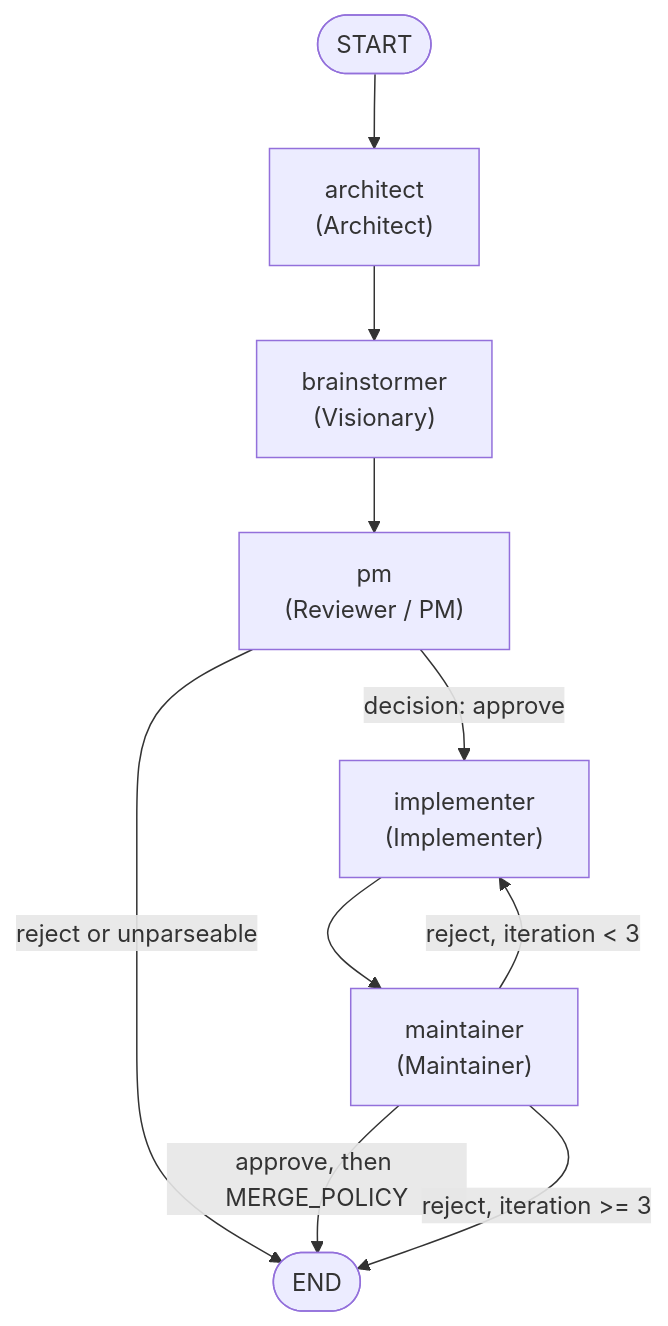
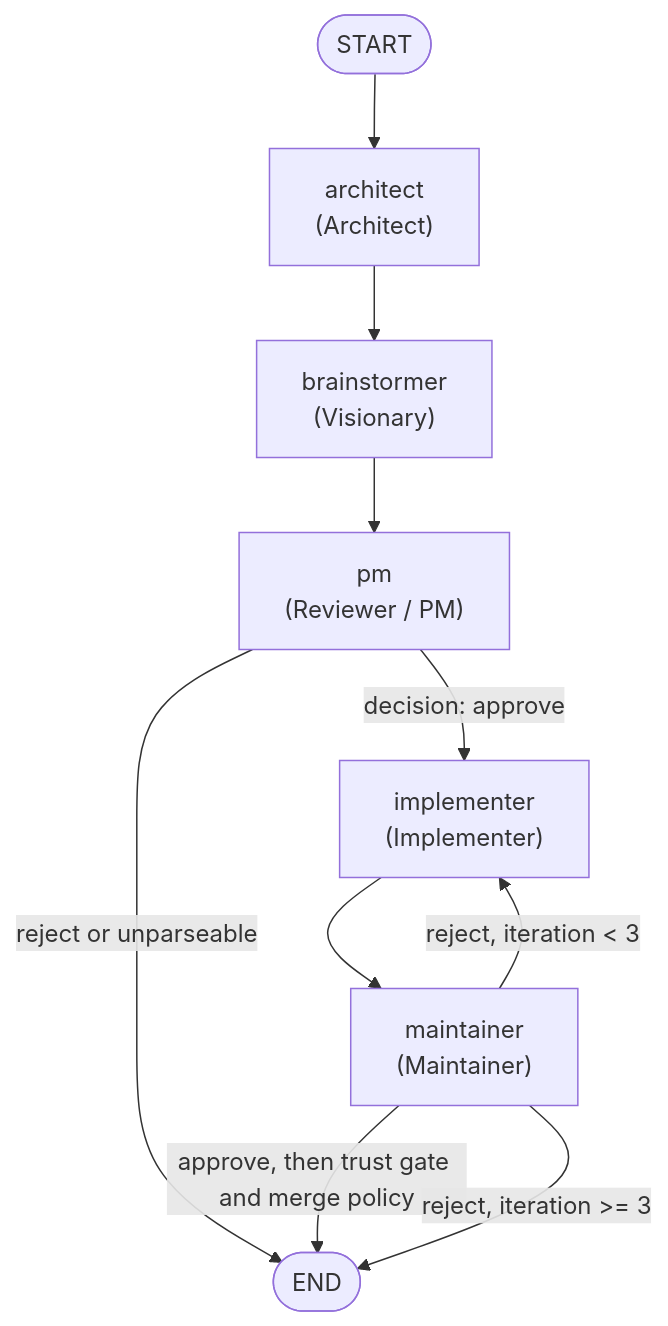
Before and after one commit to PxA-Labs/AutoMaintainer: the second of 2 diagrams in ARCHITECTURE.md, drawn with Mermaid. The commit also changed other lines of this file, not shown here.

First line of the commit message:
docs(architecture): describe the current system after #529-#541

````diff
--- a/ARCHITECTURE.md
+++ b/ARCHITECTURE.md
@@ -112,20 +221,20 @@
 ```mermaid
 flowchart TD
-    __start__([START])
+    start([START])
     architect["architect<br/>(Architect)"]
     brainstormer["brainstormer<br/>(Visionary)"]
     pm["pm<br/>(Reviewer / PM)"]
     implementer["implementer<br/>(Implementer)"]
     maintainer["maintainer<br/>(Maintainer)"]
-    __end__([END])
+    finish([END])
 
-    __start__ --> architect
+    start --> architect
     architect --> brainstormer
     brainstormer --> pm
     pm -->|"decision: approve"| implementer
-    pm -->|"reject or unparseable"| __end__
+    pm -->|"reject or unparseable"| finish
     implementer --> maintainer
-    maintainer -->|"approve, then MERGE_POLICY"| __end__
+    maintainer -->|"approve, then trust gate and merge policy"| finish
     maintainer -->|"reject, iteration < 3"| implementer
-    maintainer -->|"reject, iteration >= 3"| __end__
+    maintainer -->|"reject, iteration >= 3"| finish
 ```
````
